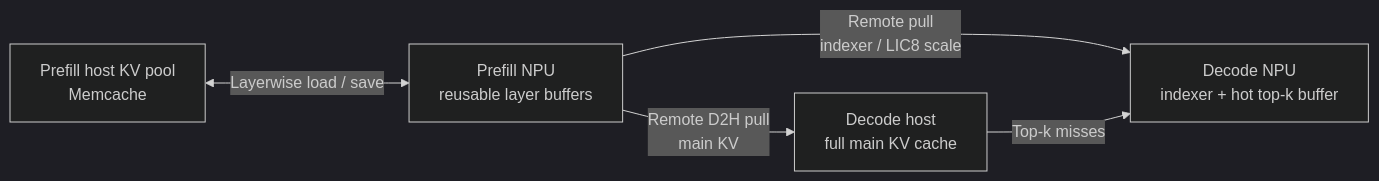
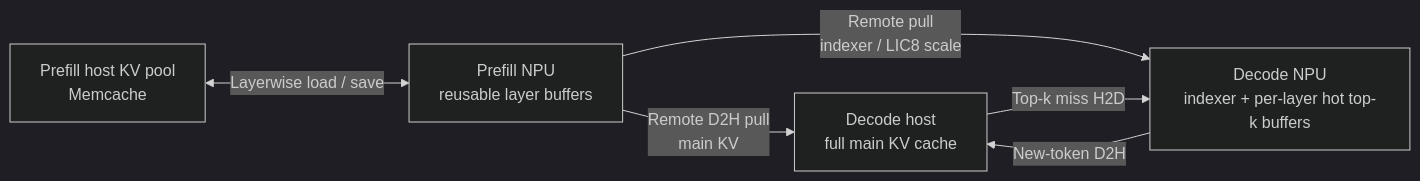
The diagram in docs/source/developer_guide/Design_Documents/layerwise_and_sparse_kv_cache_offloading.md (vllm-project/vllm-ascend), drawn with Mermaid (dark theme) before and after one commit. The commit also changed other lines of this file and 2 other files, not shown here.

````diff
--- a/docs/source/developer_guide/Design_Documents/layerwise_and_sparse_kv_cache_offloading.md
+++ b/docs/source/developer_guide/Design_Documents/layerwise_and_sparse_kv_cache_offloading.md
@@ -37,12 +55,13 @@
 ```mermaid
 flowchart LR
     PHost["Prefill host KV pool<br/>Memcache"]
     PNPU["Prefill NPU<br/>reusable layer buffers"]
     DHost["Decode host<br/>full main KV cache"]
-    DNPU["Decode NPU<br/>indexer + hot top-k buffer"]
+    DNPU["Decode NPU<br/>indexer + per-layer hot top-k buffers"]
 
     PHost <-->|"Layerwise load / save"| PNPU
     PNPU -->|"Remote D2H pull<br/>main KV"| DHost
     PNPU -->|"Remote pull<br/>indexer / LIC8 scale"| DNPU
-    DHost -->|"Top-k misses"| DNPU
+    DNPU -->|"New-token D2H"| DHost
+    DHost -->|"Top-k miss H2D"| DNPU
 ```
````
